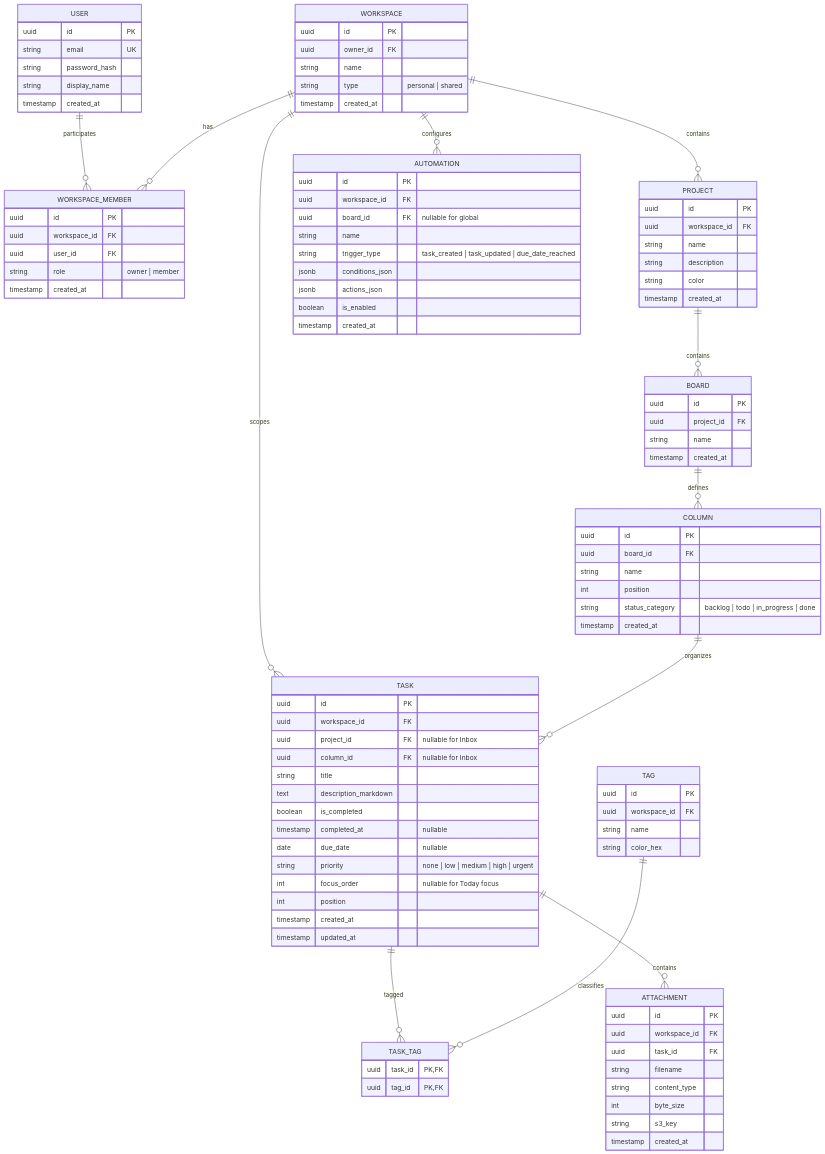
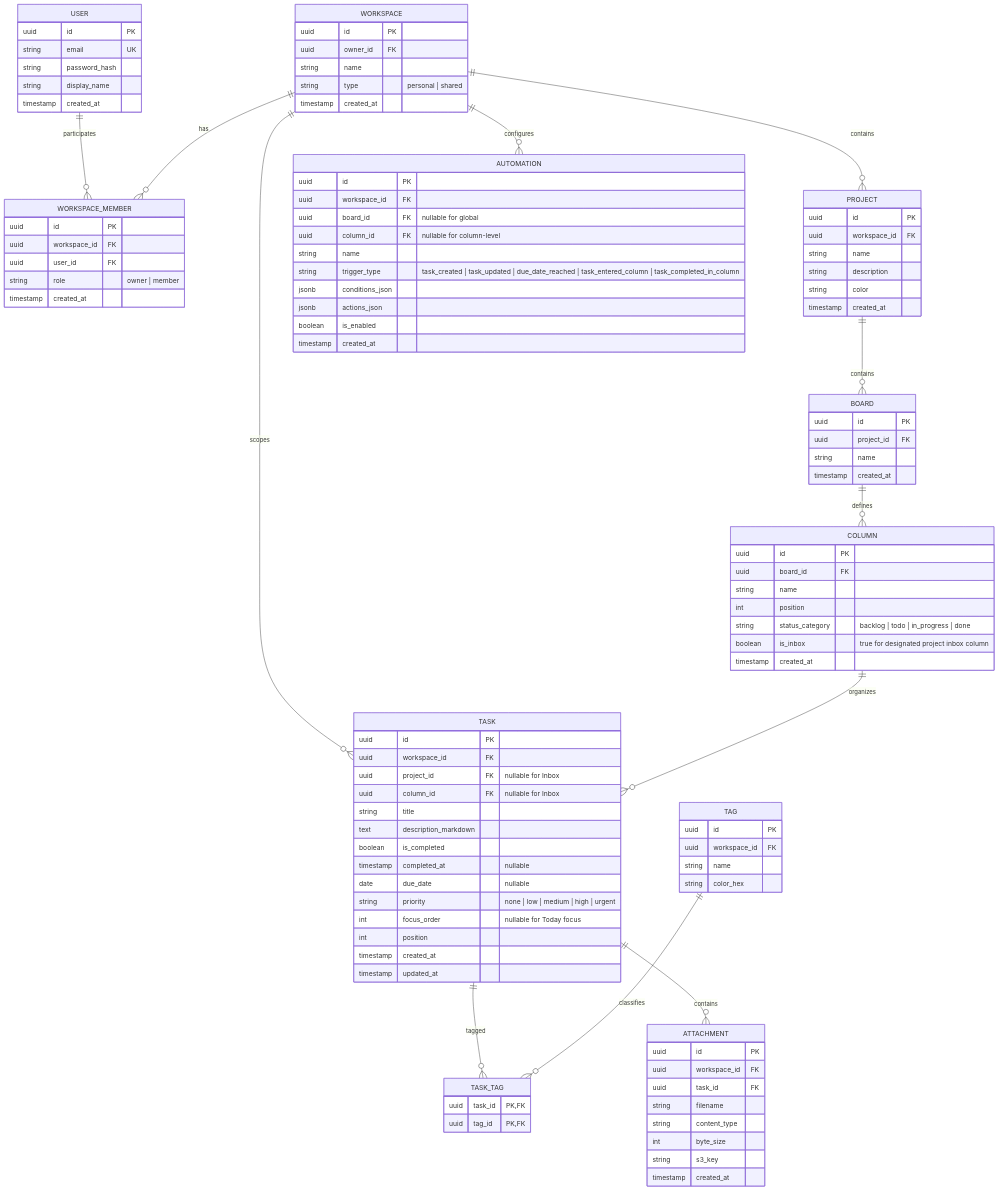
One commit to C4erries/takt changed the diagram in docs/PROJECT_CONTEXT.md. Above: the diagram before and after it, drawn with Mermaid. The commit also changed 56 other files, not shown here.

Commit message:
feat(automations): complete sprint 0.6.1 - column automations, designated inbox and ghost add-column button

```diff
--- a/docs/PROJECT_CONTEXT.md
+++ b/docs/PROJECT_CONTEXT.md
@@ -103,6 +103,7 @@
         string name
         int position
         string status_category "backlog | todo | in_progress | done"
+        boolean is_inbox "true for designated project inbox column"
         timestamp created_at
     }
 
@@ -139,8 +140,9 @@
         uuid id PK
         uuid workspace_id FK
         uuid board_id FK "nullable for global"
+        uuid column_id FK "nullable for column-level"
         string name
-        string trigger_type "task_created | task_updated | due_date_reached"
+        string trigger_type "task_created | task_updated | due_date_reached | task_entered_column | task_completed_in_column"
         jsonb conditions_json
         jsonb actions_json
         boolean is_enabled
```
